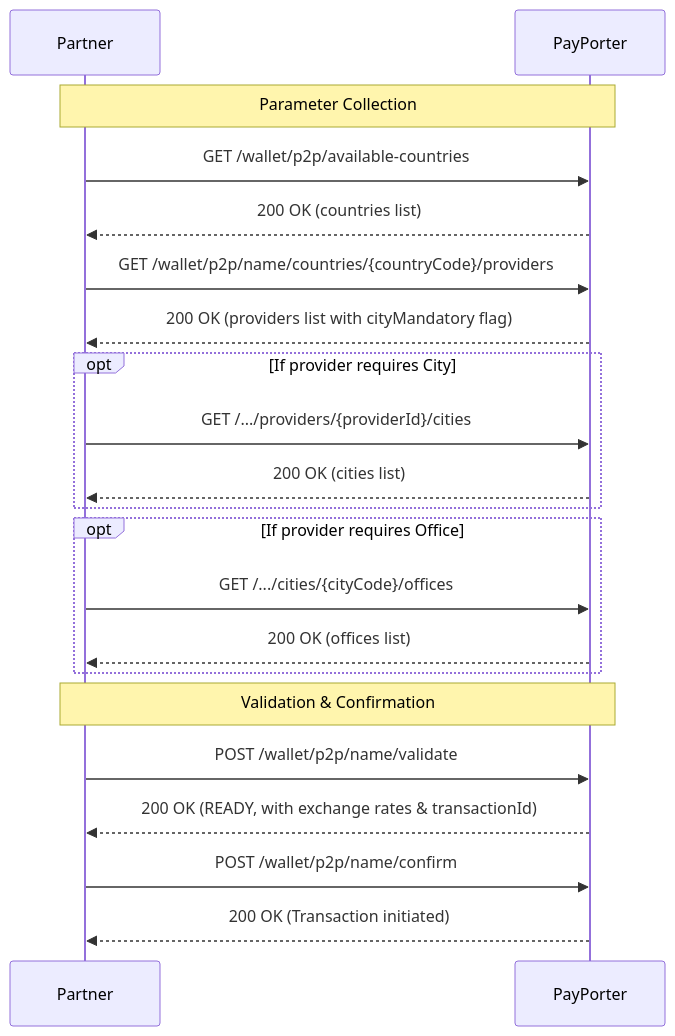
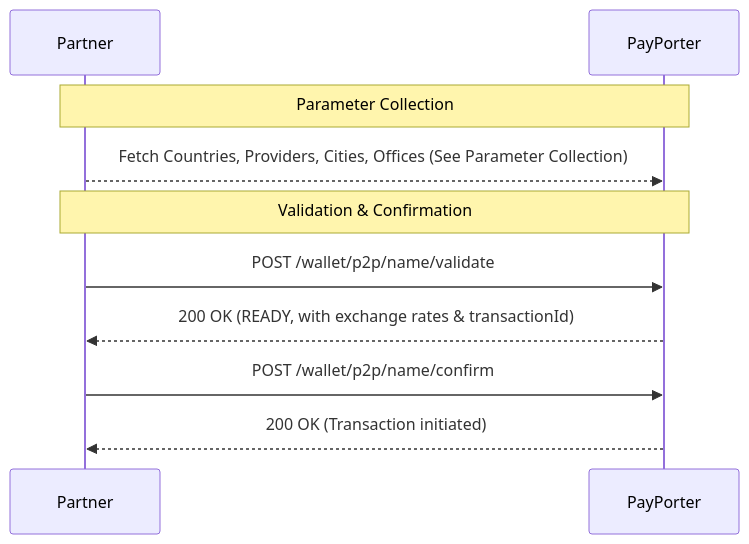
The diagram in docs/whitelabel-wallet-v2/name-intro.md (commitup/api-doc-v2), drawn with Mermaid before and after one commit. The commit also changed other lines of this file and 11 other files, not shown here.

Commit message:
refactor: standardize P2P transfer documentation and expand parameter collection guides for account and card flows.

````diff
--- a/docs/whitelabel-wallet-v2/name-intro.md
+++ b/docs/whitelabel-wallet-v2/name-intro.md
@@ -18,29 +15,15 @@
 ```mermaid
 sequenceDiagram
     participant Partner
     participant PayPorter
 
     Note over Partner, PayPorter: Parameter Collection
-    Partner->>PayPorter: GET /wallet/p2p/available-countries
-    PayPorter-->>Partner: 200 OK (countries list)
-    
-    Partner->>PayPorter: GET /wallet/p2p/name/countries/{countryCode}/providers
-    PayPorter-->>Partner: 200 OK (providers list with cityMandatory flag)
-    
-    opt If provider requires City
-        Partner->>PayPorter: GET /.../providers/{providerId}/cities
-        PayPorter-->>Partner: 200 OK (cities list)
-    end
-    
-    opt If provider requires Office
-        Partner->>PayPorter: GET /.../cities/{cityCode}/offices
-        PayPorter-->>Partner: 200 OK (offices list)
-    end
+    Partner-->>PayPorter: Fetch Countries, Providers, Cities, Offices (See Parameter Collection)
 
     Note over Partner, PayPorter: Validation & Confirmation
     Partner->>PayPorter: POST /wallet/p2p/name/validate
     PayPorter-->>Partner: 200 OK (READY, with exchange rates & transactionId)
     
     Partner->>PayPorter: POST /wallet/p2p/name/confirm
     PayPorter-->>Partner: 200 OK (Transaction initiated)
 ```
````
